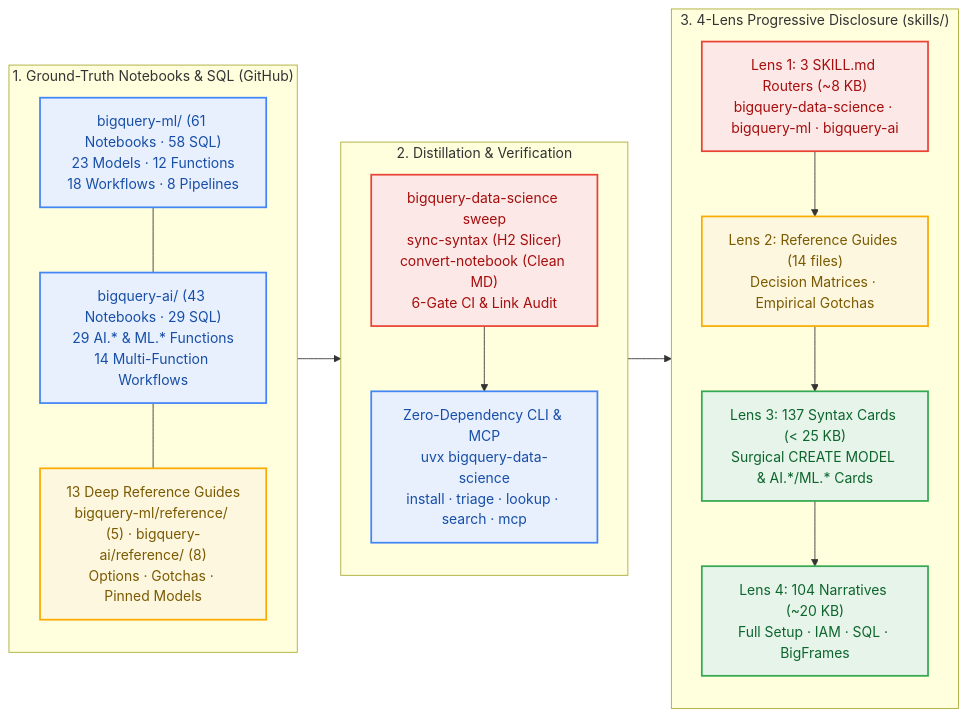
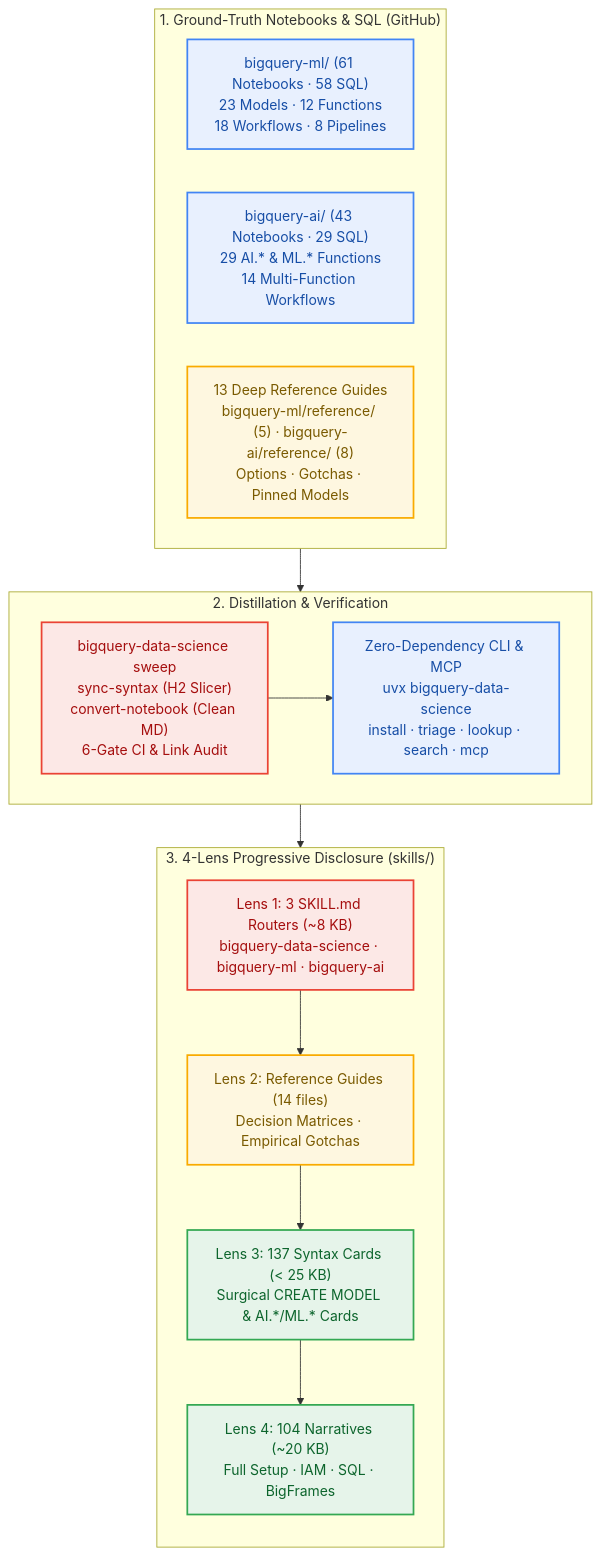
One commit to statmike/bigquery-data-science changed the diagram in README.md. Above: the diagram before and after it, drawn with Mermaid. The commit also changed 26 other files, not shown here.

Commit message:
feat(tooling): release v0.8.2 - status-labels, crossrefs, run-notebook, notebook-claims, and markdown/mermaid gates (#3)

````diff
--- a/README.md
+++ b/README.md
@@ -14,35 +14,34 @@
 ```mermaid
-flowchart LR
+flowchart TD
     subgraph GT["1. Ground-Truth Notebooks & SQL (GitHub)"]
-        direction TB
+        direction LR
         BQML["bigquery-ml/ (61 Notebooks · 58 SQL)<br/>23 Models · 12 Functions<br/>18 Workflows · 8 Pipelines"]
         BQAI["bigquery-ai/ (43 Notebooks · 29 SQL)<br/>29 AI.* & ML.* Functions<br/>14 Multi-Function Workflows"]
         REFS["13 Deep Reference Guides<br/>bigquery-ml/reference/ (5) · bigquery-ai/reference/ (8)<br/>Options · Gotchas · Pinned Models"]
-        BQML --- BQAI --- REFS
     end
     subgraph SYNC["2. Distillation & Verification"]
-        direction TB
+        direction LR
         SWEEP["bigquery-data-science sweep<br/>sync-syntax (H2 Slicer)<br/>convert-notebook (Clean MD)<br/>6-Gate CI & Link Audit"]
         CLI["Zero-Dependency CLI & MCP<br/>uvx bigquery-data-science<br/>install · triage · lookup · search · mcp"]
         SWEEP --> CLI
     end
     subgraph LENS["3. 4-Lens Progressive Disclosure (skills/)"]
         direction TB
         L1["Lens 1: 3 SKILL.md Routers (~8 KB)<br/>bigquery-data-science · bigquery-ml · bigquery-ai"]
         L2["Lens 2: Reference Guides (14 files)<br/>Decision Matrices · Empirical Gotchas"]
         L3["Lens 3: 137 Syntax Cards (< 25 KB)<br/>Surgical CREATE MODEL & AI.*/ML.* Cards"]
         L4["Lens 4: 104 Narratives (~20 KB)<br/>Full Setup · IAM · SQL · BigFrames"]
         L1 --> L2 --> L3 --> L4
     end
 
     GT --> SYNC --> LENS
 
     classDef data fill:#E8F0FE,stroke:#4285F4,stroke-width:2px,color:#174EA6
     classDef config fill:#FEF7E0,stroke:#F9AB00,stroke-width:2px,color:#7A5A00
     classDef route fill:#FCE8E6,stroke:#EA4335,stroke-width:2px,color:#A50E0E
     classDef compute fill:#E6F4EA,stroke:#34A853,stroke-width:2px,color:#0D652D
     class BQML,BQAI,CLI data
     class REFS,L2 config
     class SWEEP,L1 route
     class L3,L4 compute
 ```
````
